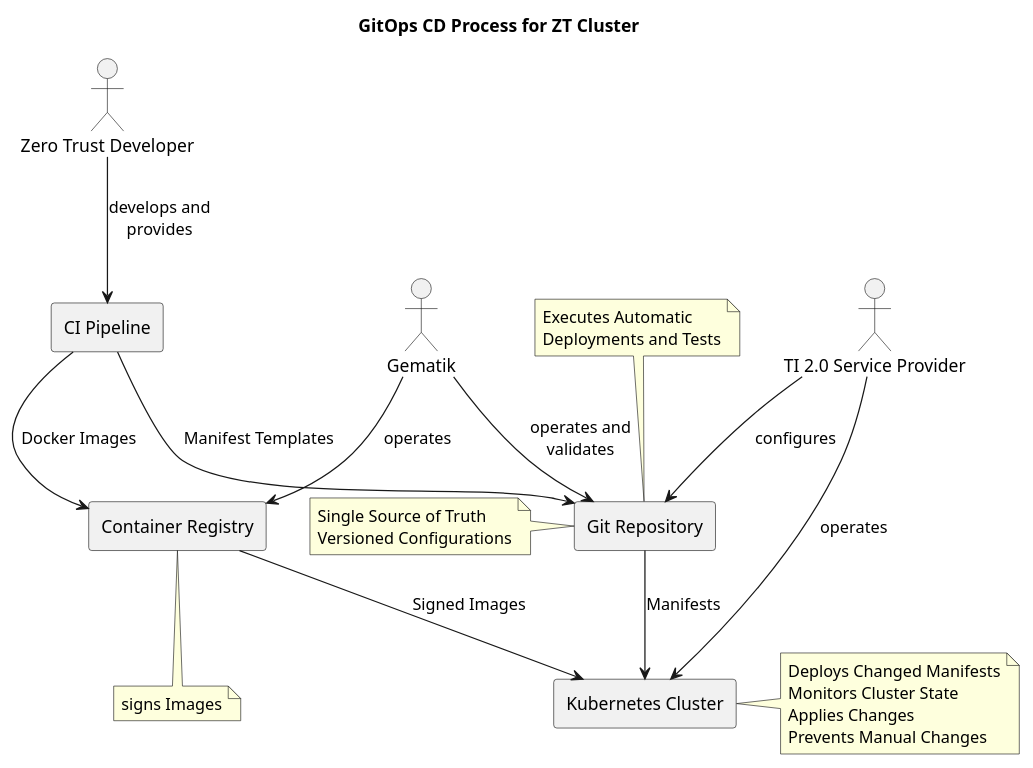
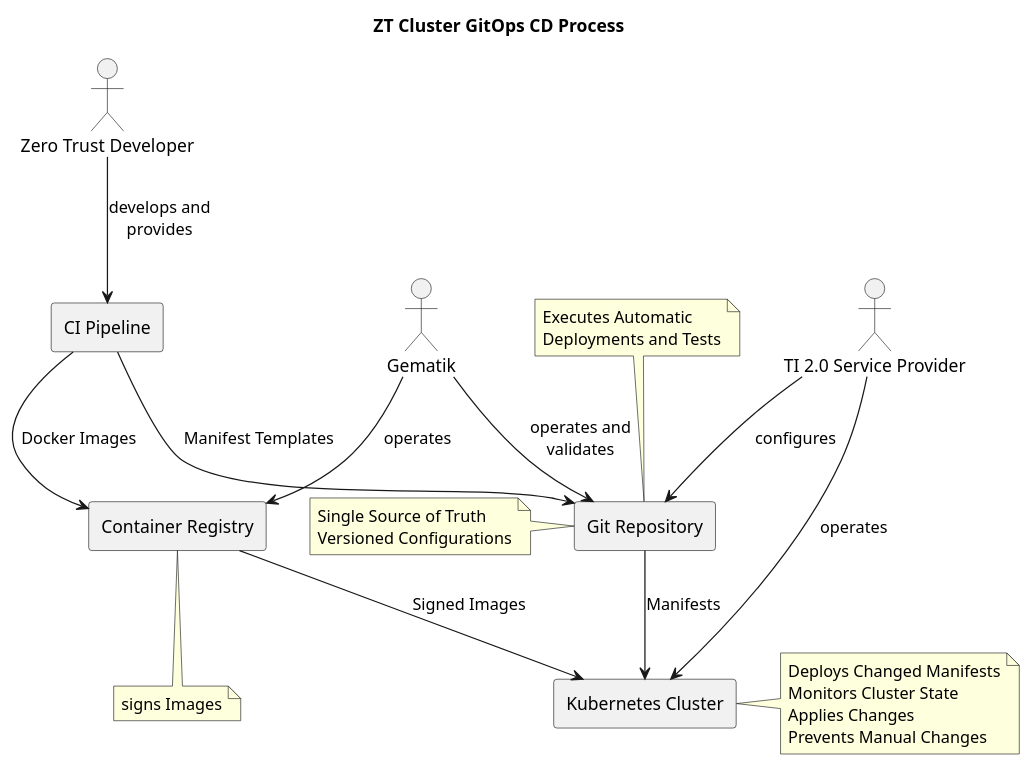
The diagram in src/plantuml/ZT_Cluster_GitOps_CD_Process.puml (gematik/spec-t20r), drawn with PlantUML before and after one commit. The commit also changed 1 other file, not shown here.

```diff
--- a/src/plantuml/ZT_Cluster_GitOps_CD_Process.puml
+++ b/src/plantuml/ZT_Cluster_GitOps_CD_Process.puml
@@ -1,31 +1,31 @@
-@startuml "GitOps CD Process for ZT Cluster"
-title GitOps CD Process for ZT Cluster
+@startuml "ZT_Cluster_GitOps_CD_Process"
+title ZT Cluster GitOps CD Process
 
 actor "Zero Trust Developer" as ZT
 actor "Gematik" as GEM
 actor "TI 2.0 Service Provider" as TSP
 
 rectangle "Git Repository" as GIT
 rectangle "Container Registry" as REG
 rectangle "CI Pipeline" as CI
 rectangle "Kubernetes Cluster" as K8S
 
 ZT --> CI: develops and\nprovides
 GEM --> REG: operates
 TSP --> GIT: configures
 GEM --> GIT: operates and\nvalidates
 TSP --> K8S: operates
 
 CI --> GIT: Manifest Templates
 CI --> REG : Docker Images
 GIT --> K8S : Manifests
 REG --> K8S : Signed Images
 
 note right of K8S: Deploys Changed Manifests\nMonitors Cluster State\nApplies Changes\nPrevents Manual Changes
 
 note left of GIT: Single Source of Truth\nVersioned Configurations
 
 note bottom of REG: signs Images
 
 note top of GIT: Executes Automatic\nDeployments and Tests
 @enduml
```
